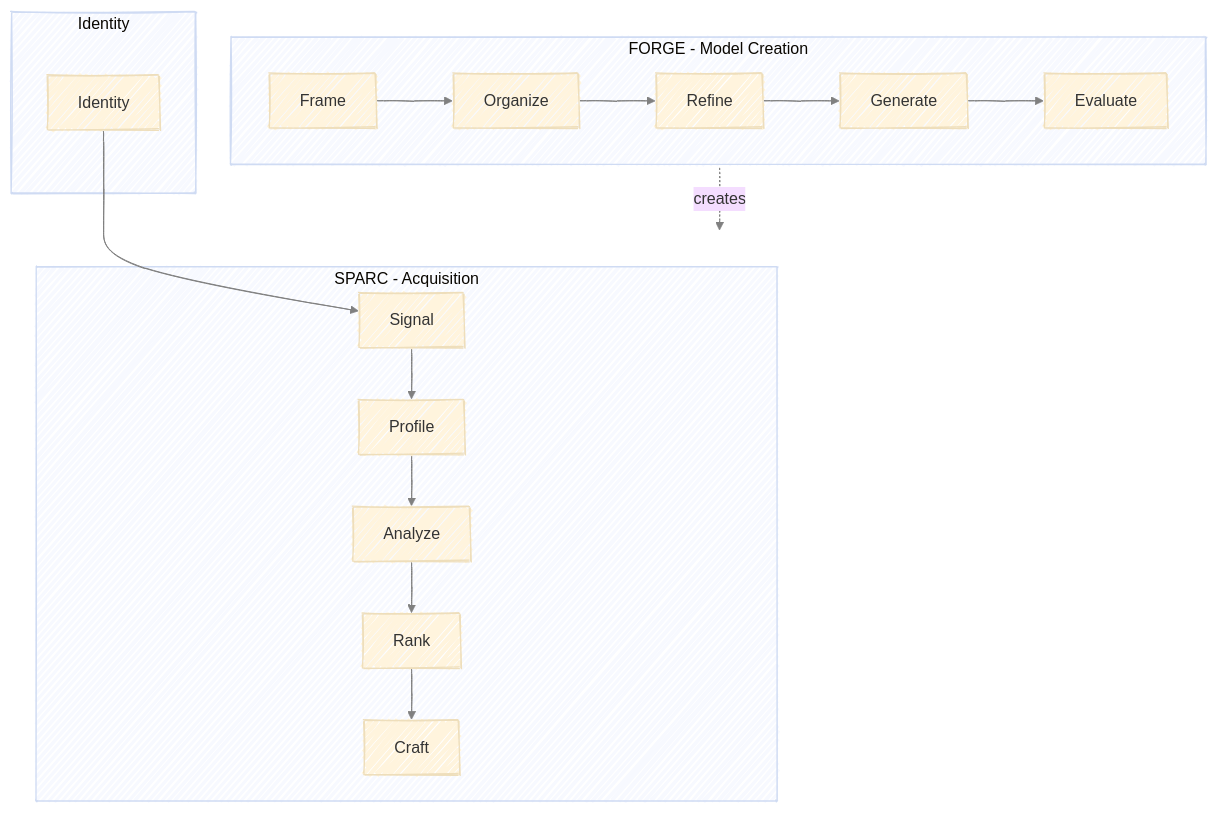
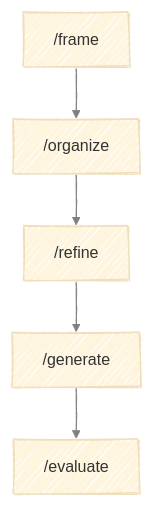
One commit to athrael-soju/framework-generator changed the diagram in docs/overview.md. Above: the diagram before and after it, drawn with Mermaid. The commit also changed other lines of this file and 20 other files, not shown here.

````diff
--- a/docs/overview.md
+++ b/docs/overview.md
@@ -7,31 +5,15 @@
 ```mermaid
 ---
 config:
   layout: dagre
   look: handDrawn
   theme: base
   themeVariables:
     lineColor: gray
 ---
 flowchart TB
-    subgraph Foundation ["Identity"]
-        Identity["Identity"]
-    end
-
-    subgraph SPARC ["SPARC - Acquisition"]
-        S["Signal"] --> P["Profile"]
-        P --> A["Analyze"]
-        A --> R["Rank"]
-        R --> C["Craft"]
-    end
-
-    subgraph FORGE ["FORGE - Model Creation"]
-        Fr["Frame"] --> O["Organize"]
-        O --> Re["Refine"]
-        Re --> G["Generate"]
-        G --> E["Evaluate"]
-    end
-
-    Identity --> S
-    FORGE -.-> |creates| SPARC
+    Fr["/frame"] --> O["/organize"]
+    O --> Re["/refine"]
+    Re --> G["/generate"]
+    G --> E["/evaluate"]
 ```
````
